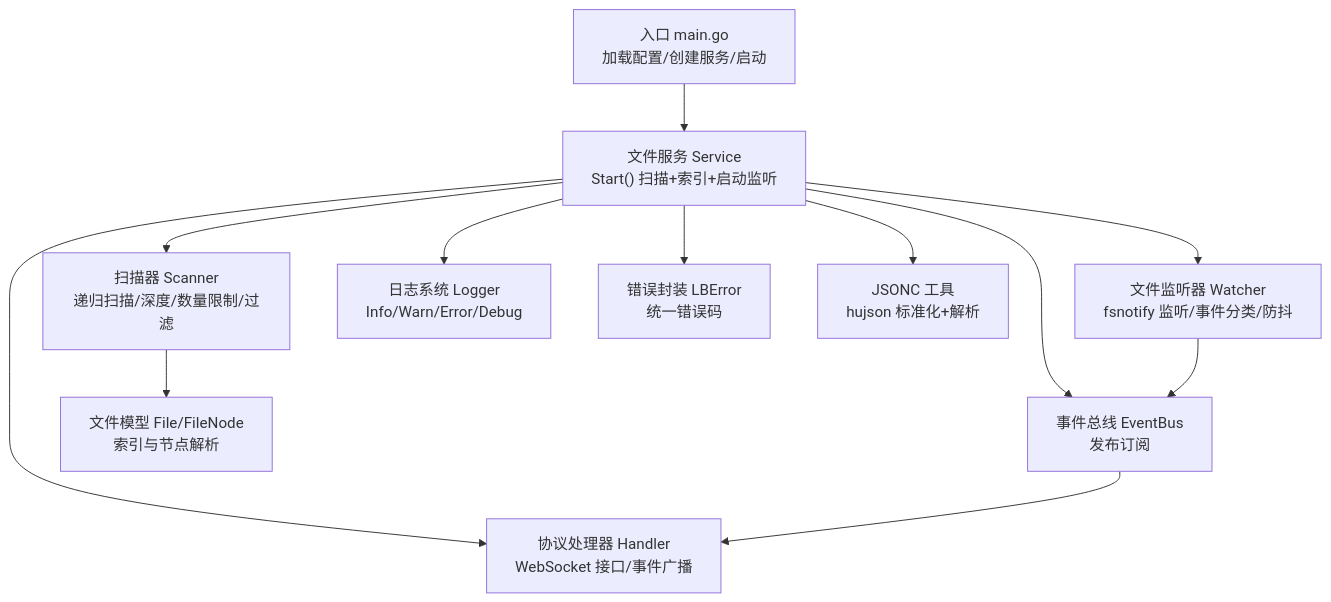
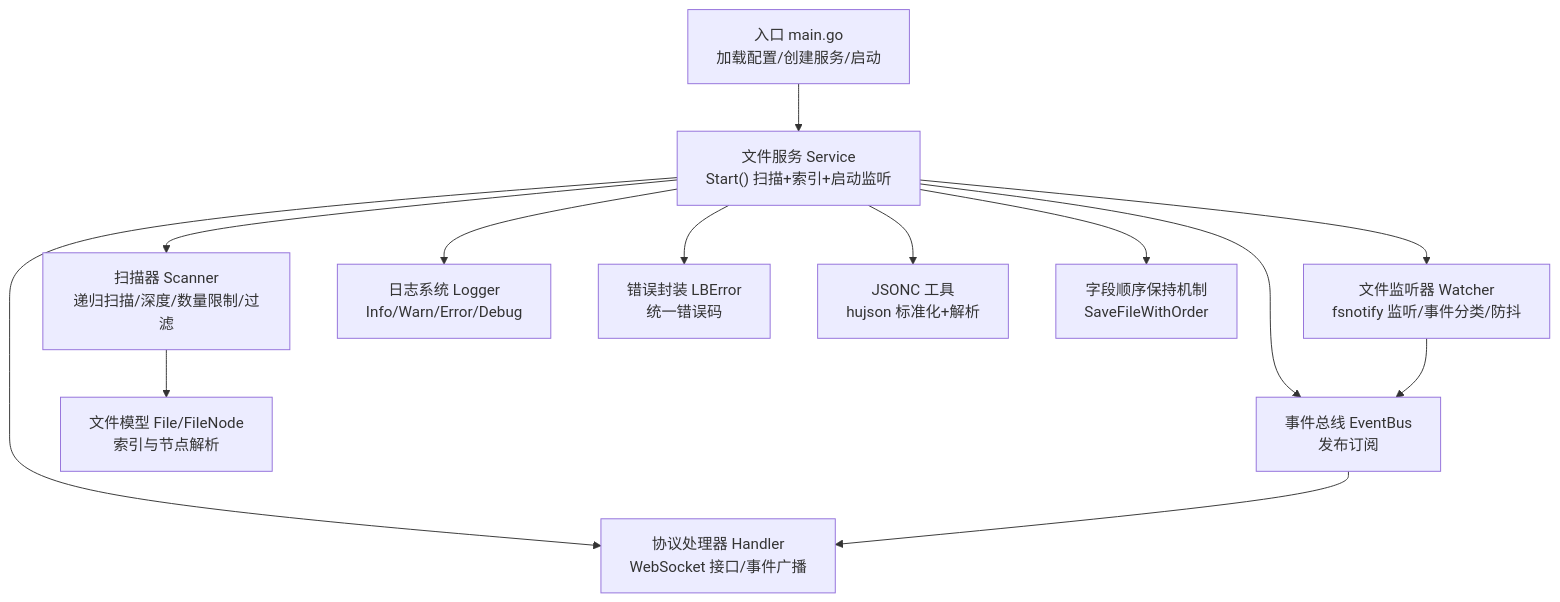
Before and after one commit to kqcoxn/MaaPipelineEditor: the second of 8 diagrams in .qoder/repowiki/zh/content/开发者指南/代码结构说明/后端架构设计/服务模块架构/文件服务模块.md, drawn with Mermaid. The commit also changed other lines of this file and 31 other files, not shown here.

````diff
--- a/.qoder/repowiki/zh/content/开发者指南/代码结构说明/后端架构设计/服务模块架构/文件服务模块.md
+++ b/.qoder/repowiki/zh/content/开发者指南/代码结构说明/后端架构设计/服务模块架构/文件服务模块.md
@@ -126,14 +135,15 @@
 ```mermaid
 graph TB
 A["入口 main.go<br/>加载配置/创建服务/启动"] --> B["文件服务 Service<br/>Start() 扫描+索引+启动监听"]
 B --> C["扫描器 Scanner<br/>递归扫描/深度/数量限制/过滤"]
 B --> D["文件监听器 Watcher<br/>fsnotify 监听/事件分类/防抖"]
 B --> E["事件总线 EventBus<br/>发布订阅"]
 B --> F["协议处理器 Handler<br/>WebSocket 接口/事件广播"]
 B --> G["日志系统 Logger<br/>Info/Warn/Error/Debug"]
 B --> H["错误封装 LBError<br/>统一错误码"]
 B --> I["JSONC 工具<br/>hujson 标准化+解析"]
-C --> J["文件模型 File/FileNode<br/>索引与节点解析"]
+B --> J["字段顺序保持机制<br/>SaveFileWithOrder"]
+C --> K["文件模型 File/FileNode<br/>索引与节点解析"]
 D --> E
 E --> F
 ```
````
